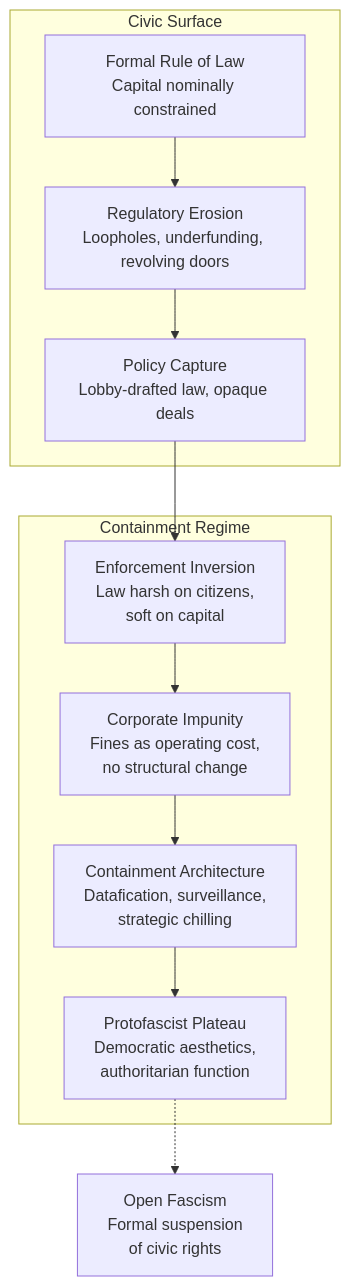
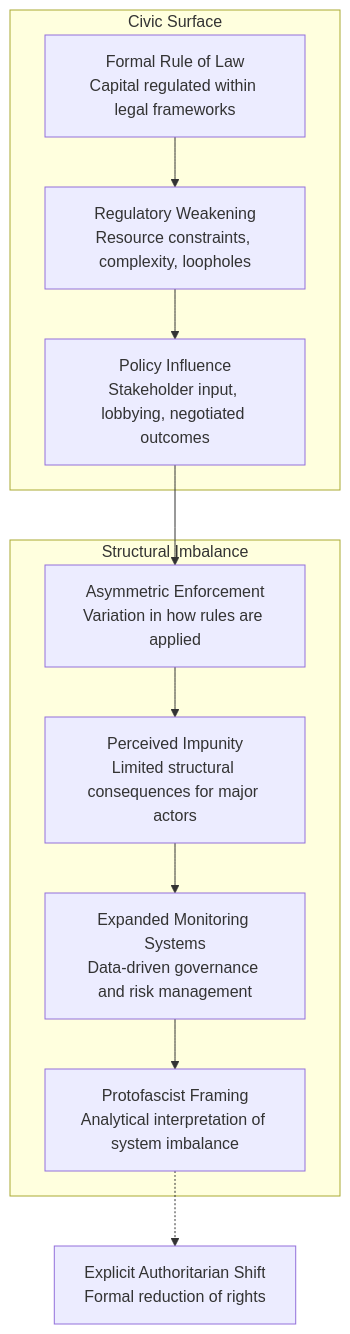
The diagram in Disruption_Kit/Big_Picture_Protocols/🌀_System_Governance/💫_Containment_Logic/⚖️_above_the_law_protofascism_threshold.md (josefsbreakfast/Polaris-Protocol), drawn with Mermaid before and after one commit. The commit also changed other lines of this file, not shown here.

````diff
--- a/Disruption_Kit/Big_Picture_Protocols/🌀_System_Governance/💫_Containment_Logic/⚖️_above_the_law_protofascism_threshold.md
+++ b/Disruption_Kit/Big_Picture_Protocols/🌀_System_Governance/💫_Containment_Logic/⚖️_above_the_law_protofascism_threshold.md
@@ -24,23 +43,23 @@
 ```mermaid
 flowchart TD
-    A[Formal Rule of Law<br/>Capital nominally constrained] --> B[Regulatory Erosion<br/>Loopholes, underfunding, revolving doors]
-    B --> C[Policy Capture<br/>Lobby-drafted law, opaque deals]
-    C --> D[Enforcement Inversion<br/>Law harsh on citizens,<br/>soft on capital]
-    D --> E[Corporate Impunity<br/>Fines as operating cost,<br/>no structural change]
-    E --> F[Containment Architecture<br/>Datafication, surveillance,<br/>strategic chilling]
-    F --> G[Protofascist Plateau<br/>Democratic aesthetics,<br/>authoritarian function]
-    G -.-> H[Open Fascism<br/>Formal suspension<br/>of civic rights]
+    A[Formal Rule of Law<br/>Capital regulated within legal frameworks] --> B[Regulatory Weakening<br/>Resource constraints, complexity, loopholes]
+    B --> C[Policy Influence<br/>Stakeholder input, lobbying, negotiated outcomes]
+    C --> D[Asymmetric Enforcement<br/>Variation in how rules are applied]
+    D --> E[Perceived Impunity<br/>Limited structural consequences for major actors]
+    E --> F[Expanded Monitoring Systems<br/>Data-driven governance and risk management]
+    F --> G[Protofascist Framing<br/>Analytical interpretation of system imbalance]
+    G -.-> H[Explicit Authoritarian Shift<br/>Formal reduction of rights]
 
     subgraph Civic Surface
         A
         B
         C
     end
 
-    subgraph Containment Regime
+    subgraph Structural Imbalance
         D
         E
         F
         G
     end
 ```
````
